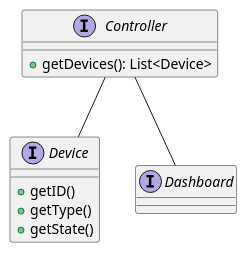
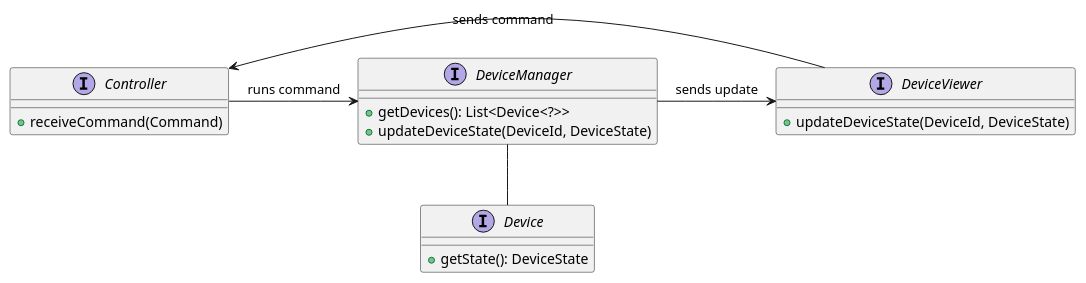
One commit to progetto-oop-22-23/OOP-report changed the diagram in uml/architecture.plantuml. Above: the diagram before and after it, drawn with PlantUML.

Commit message:
update architecture uml

```diff
--- a/uml/architecture.plantuml
+++ b/uml/architecture.plantuml
@@ -1,16 +1,25 @@
-@startuml
+@startuml architecture
+
+interface Device {
+    + getState(): DeviceState
+}
 
 interface Controller {
-    + getDevices(): List<Device>
+    + receiveCommand(Command)
 }
-interface Device {
-    + getID()
-    + getType()
-    + getState()
+
+interface DeviceManager {
+    + getDevices(): List<Device<?>>
+    + updateDeviceState(DeviceId, DeviceState)
 }
-interface Dashboard {}
 
-Controller -- Device
-Controller -- Dashboard
+interface DeviceViewer {
+    + updateDeviceState(DeviceId, DeviceState)
+}
+
+Controller -> DeviceManager: runs command
+DeviceManager -- Device
+DeviceManager -> DeviceViewer: sends update
+DeviceViewer -> Controller: sends command
 
 @enduml
```
